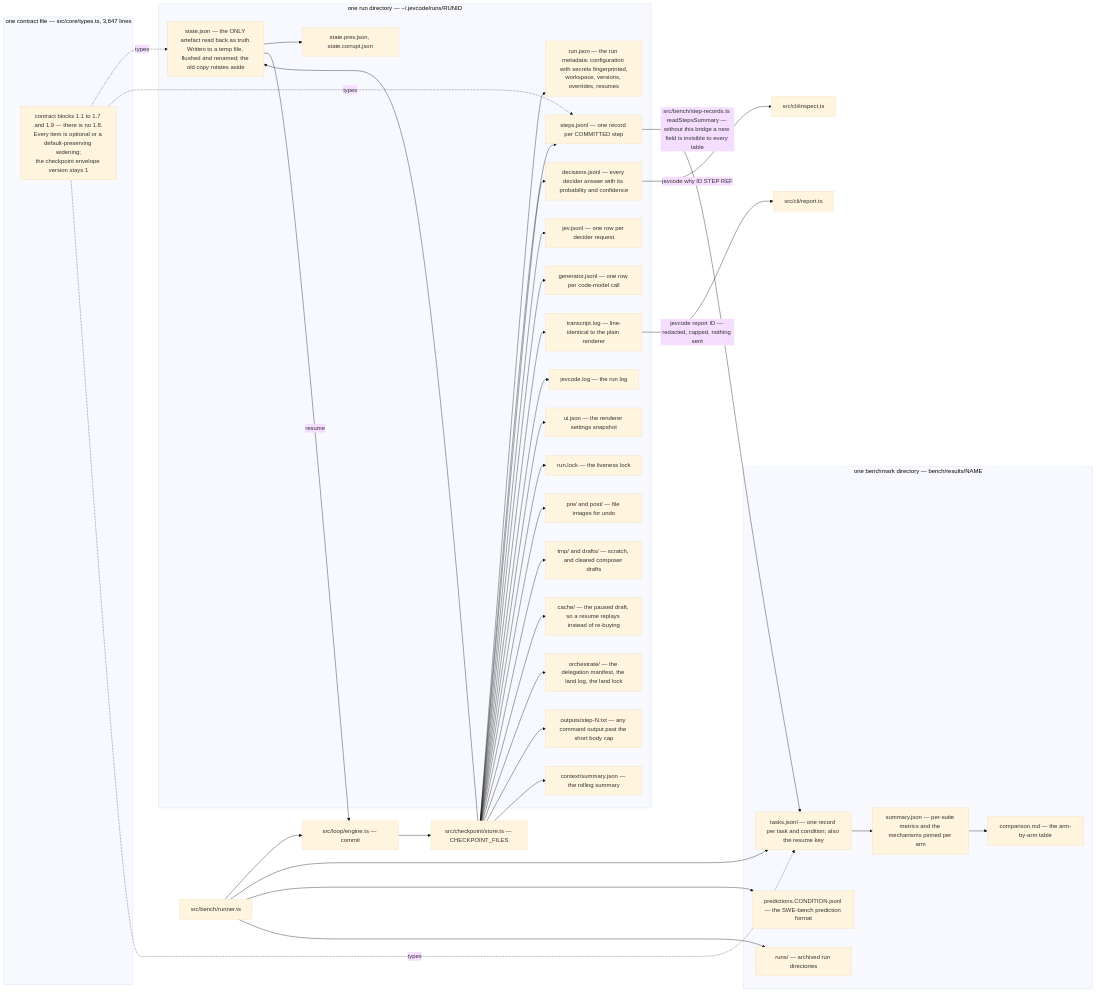
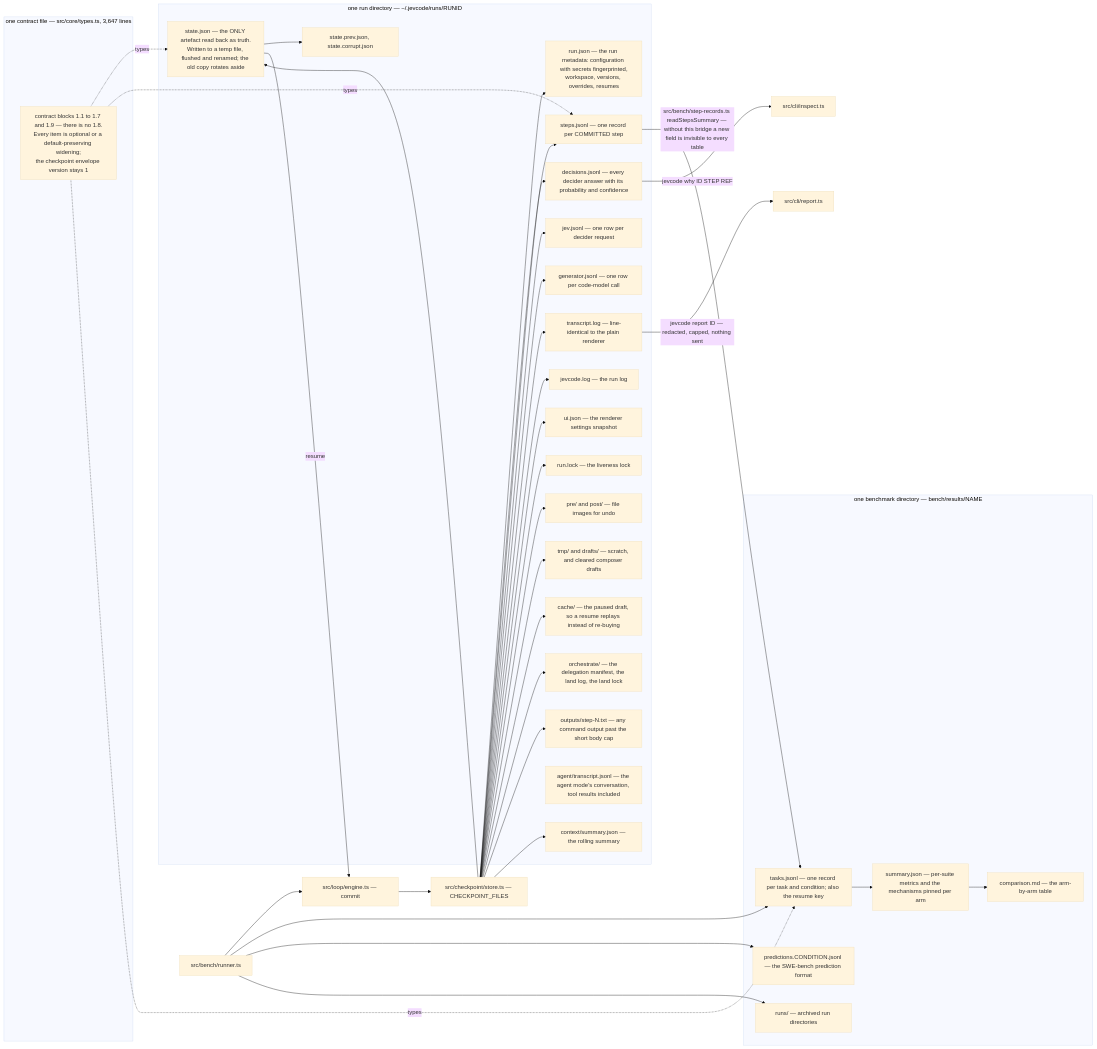
One commit to coasty-ai/JevCode changed the diagram in docs/operations/records.md. Above: the diagram before and after it, drawn with Mermaid (base theme). The commit also changed other lines of this file and 13 other files, not shown here.

First line of the commit message:
docs(getting-started,operations,reference): agent is the default; one conversation; Jev optional; full autonomy never asks or refuses

````diff
--- a/docs/operations/records.md
+++ b/docs/operations/records.md
@@ -16,66 +16,67 @@
 ```mermaid
 flowchart LR
   subgraph sg_contract["one contract file — src/core/types.ts, 3,647 lines"]
     CT["contract blocks 1.1 to 1.7 and 1.9 — there is no 1.8.<br/>Every item is optional or a default-preserving widening;<br/>the checkpoint envelope version stays 1"]
   end
 
   ENGINE["src/loop/engine.ts — commit"]
   STORE["src/checkpoint/store.ts — CHECKPOINT_FILES"]
 
   subgraph sg_run["one run directory — ~/.jevcode/runs/RUNID"]
     META["run.json — the run metadata: configuration with secrets fingerprinted,<br/>workspace, versions, overrides, resumes"]
     STATE["state.json — the ONLY artefact read back as truth.<br/>Written to a temp file, flushed and renamed; the old copy rotates aside"]
     PREV["state.prev.json, state.corrupt.json"]
     STEPS["steps.jsonl — one record per COMMITTED step"]
     DEC["decisions.jsonl — every decider answer with its probability and confidence"]
     JEVL["jev.jsonl — one row per decider request"]
     GEN["generator.jsonl — one row per code-model call"]
     TR["transcript.log — line-identical to the plain renderer"]
     LOG["jevcode.log — the run log"]
     UI["ui.json — the renderer settings snapshot"]
     LOCK["run.lock — the liveness lock"]
     PRE["pre/ and post/ — file images for undo"]
     TMP["tmp/ and drafts/ — scratch, and cleared composer drafts"]
     CACHE["cache/ — the paused draft, so a resume replays instead of re-buying"]
     ORCHD["orchestrate/ — the delegation manifest, the land log, the land lock"]
     OUTS["outputs/step-N.txt — any command output past the short body cap"]
+    AGT["agent/transcript.jsonl — the agent mode's conversation, tool results included"]
     CTX["context/summary.json — the rolling summary"]
   end
 
   subgraph sg_bench["one benchmark directory — bench/results/NAME"]
     TASKS["tasks.jsonl — one record per task and condition; also the resume key"]
     SUM["summary.json — per-suite metrics and the mechanisms pinned per arm"]
     CMP["comparison.md — the arm-by-arm table"]
     PRED["predictions.CONDITION.jsonl — the SWE-bench prediction format"]
     ARCH["runs/ — archived run directories"]
   end
 
   CT -.types.-> STATE
   CT -.types.-> STEPS
   CT -.types.-> TASKS
   ENGINE --> STORE
   STORE --> META
   STORE --> STATE --> PREV
   STORE --> STEPS
   STORE --> DEC
   STORE --> JEVL
   STORE --> GEN
   STORE --> TR
   STORE --> LOG
   STORE --> UI
   STORE --> LOCK
   STORE --> PRE
   STORE --> TMP
   STORE --> CACHE
   STORE --> ORCHD
   STORE --> OUTS
   STORE --> CTX
   BENCH["src/bench/runner.ts"] --> ENGINE
   STEPS -->|"src/bench/step-records.ts readStepsSummary — without this bridge a new field is invisible to every table"| TASKS
   BENCH --> TASKS --> SUM --> CMP
   BENCH --> PRED
   BENCH --> ARCH
   STATE -->|"resume"| ENGINE
   DEC -->|"jevcode why ID STEP REF"| WHY["src/cli/inspect.ts"]
   TR -->|"jevcode report ID — redacted, capped, nothing sent"| REP["src/cli/report.ts"]
 ```
````
